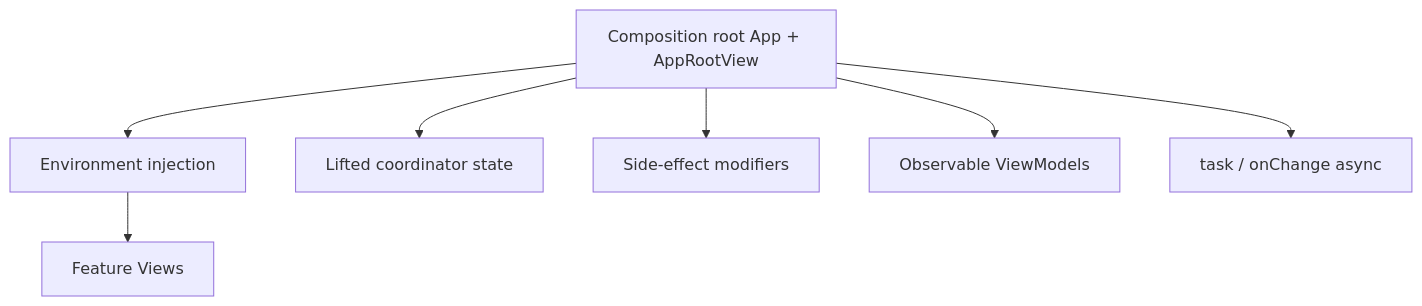
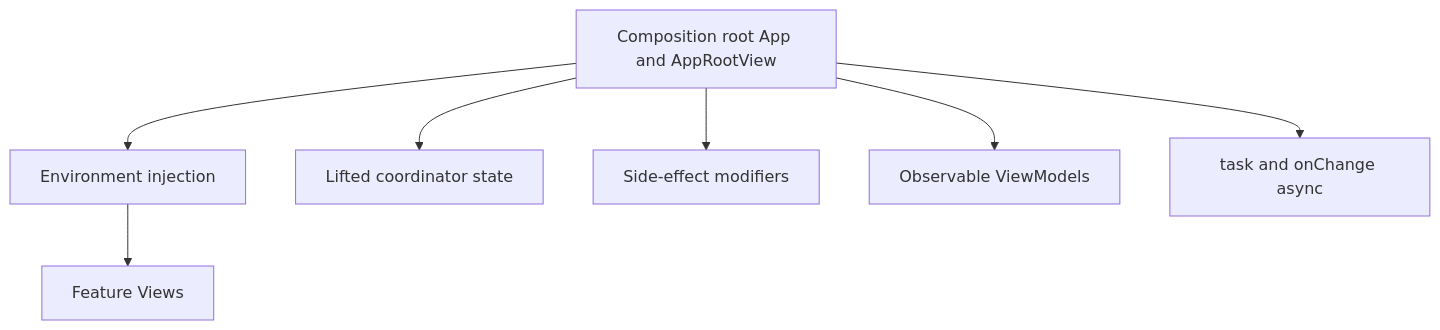
Before and after one commit to nguyenquanghuy22041990/FocusUp: the second of 2 diagrams in docs/interview-guide/design-patterns/swiftui-patterns.md, drawn with Mermaid. The commit also changed other lines of this file and 30 other files, not shown here.

````diff
--- a/docs/interview-guide/design-patterns/swiftui-patterns.md
+++ b/docs/interview-guide/design-patterns/swiftui-patterns.md
@@ -146,10 +146,10 @@
 ```mermaid
 flowchart TB
-    CR[Composition root App + AppRootView]
+    CR["Composition root App and AppRootView"]
     CR --> Env[Environment injection]
     CR --> Lift[Lifted coordinator state]
     CR --> Mod[Side-effect modifiers]
     CR --> Obs[Observable ViewModels]
-    CR --> Task[task / onChange async]
+    CR --> AsyncWork["task and onChange async"]
     Env --> Views[Feature Views]
 ```
````
